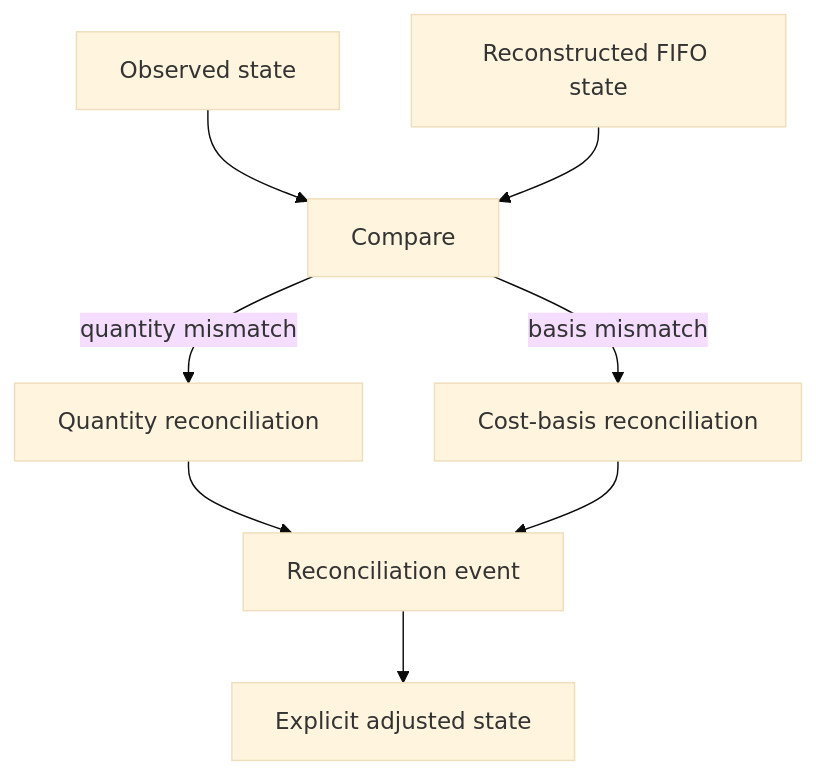
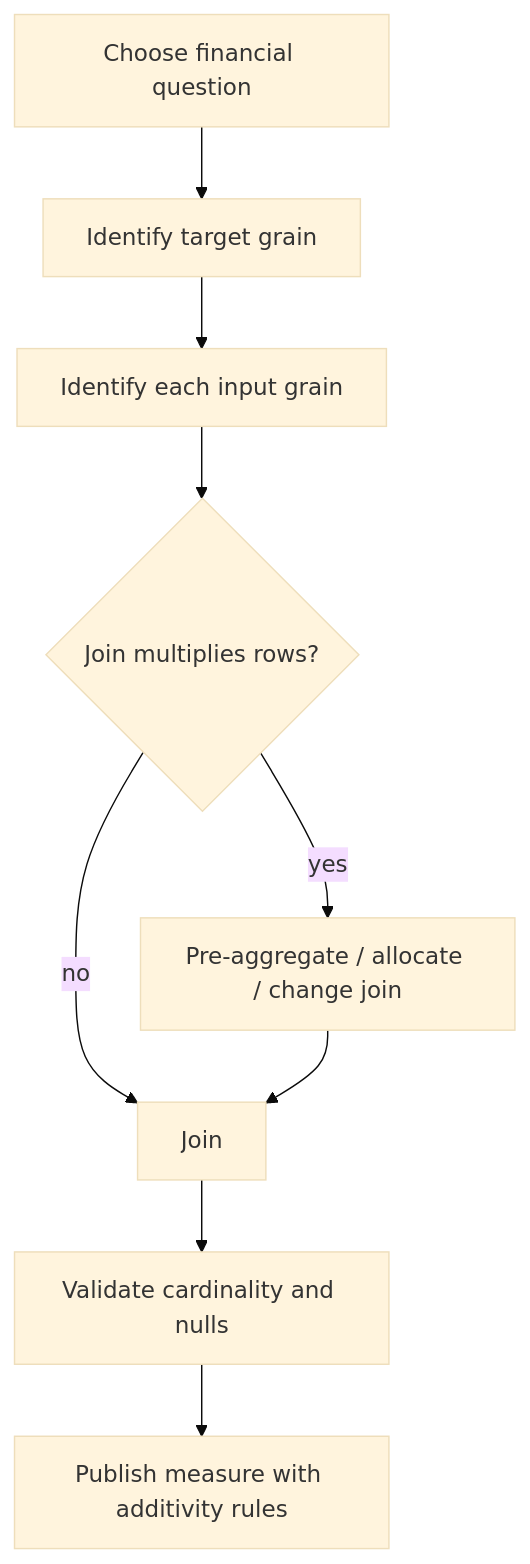
One commit to tks18/personal-finance-etl changed the seventh of 9 diagrams in docs/architecture/data-model.md. Above: the diagram before and after it, drawn with Mermaid (base theme). The commit also changed other lines of this file and 10 other files, not shown here.

Commit message:
docs: update docs/architecture for latest version

````diff
--- a/docs/architecture/data-model.md
+++ b/docs/architecture/data-model.md
@@ -304,10 +268,11 @@
 ```mermaid
 flowchart TD
-    OBS[Observed state] --> CMP[Compare]
-    REC[Reconstructed FIFO state] --> CMP
-    CMP -->|quantity mismatch| Q[Quantity reconciliation]
-    CMP -->|basis mismatch| C[Cost-basis reconciliation]
-    Q --> EVT[Reconciliation event]
-    C --> EVT
-    EVT --> STATE[Explicit adjusted state]
+    A[Choose financial question] --> B[Identify target grain]
+    B --> C[Identify each input grain]
+    C --> D{Join multiplies rows?}
+    D -->|yes| E[Pre-aggregate / allocate / change join]
+    D -->|no| F[Join]
+    E --> F
+    F --> G[Validate cardinality and nulls]
+    G --> H[Publish measure with additivity rules]
 ```
````
